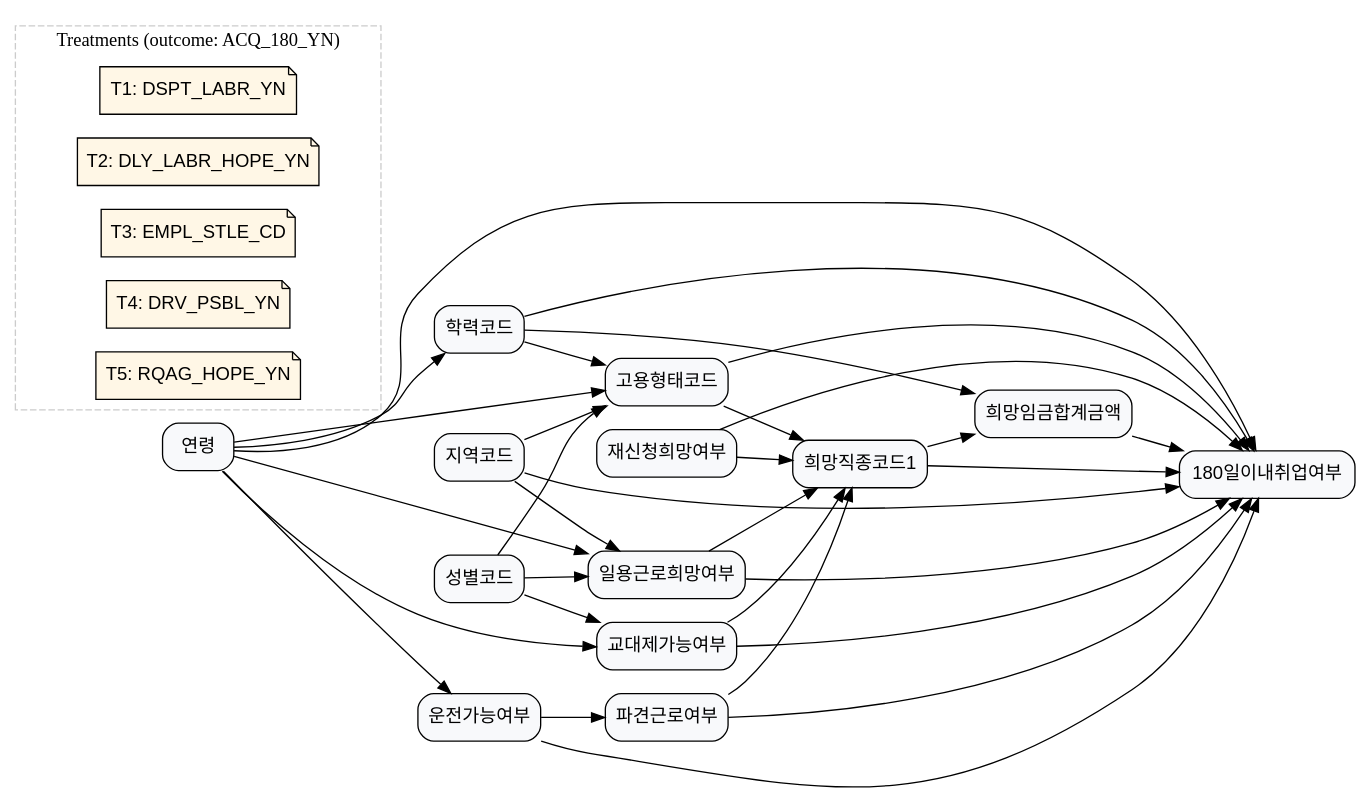
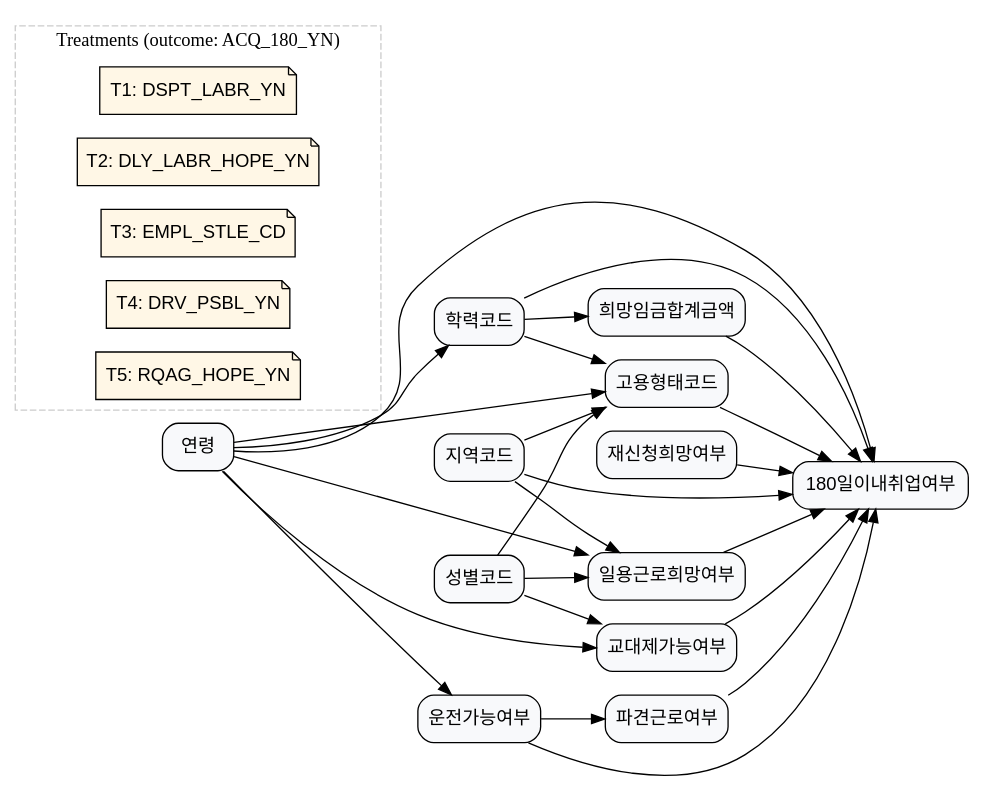
The diagram in laborlab_2/data/graph_data/graph_7.dot (KU-LIM-Lab/dowhy-deep), drawn with Graphviz before and after one commit. The commit also changed 67 other files, not shown here.

Commit message:
graph examined and updated. graph_31-40 newly added. graph visualization added

```diff
--- a/laborlab_2/data/graph_data/graph_7.dot
+++ b/laborlab_2/data/graph_data/graph_7.dot
@@ -1,59 +1,51 @@
 digraph G {
 rankdir=LR;
 node [fillcolor="#F8F9FB", fontname="Helvetica", shape=box, style="rounded,filled"];
 ACQ_180_YN [label="180일이내취업여부"];
 DSPT_LABR_YN [label="파견근로여부"];
 DLY_LABR_HOPE_YN [label="일용근로희망여부"];
 EMPL_STLE_CD [label="고용형태코드"];
 DRV_PSBL_YN [label="운전가능여부"];
 RQAG_HOPE_YN [label="재신청희망여부"];
 SHSY_YN [label="교대제가능여부"];
 AGE [label="연령"];
 SXDS_CD [label="성별코드"];
 ACCR_CD [label="학력코드"];
 AREA_CD [label="지역코드"];
-HOPE_JSCD1 [label="희망직종코드1"];
 HOPE_WAGE_SM_AMT [label="희망임금합계금액"];
 AGE -> ACCR_CD;
 AGE -> EMPL_STLE_CD;
 AGE -> DLY_LABR_HOPE_YN;
 AGE -> DRV_PSBL_YN;
 AGE -> SHSY_YN;
 SXDS_CD -> EMPL_STLE_CD;
 SXDS_CD -> DLY_LABR_HOPE_YN;
 SXDS_CD -> SHSY_YN;
 ACCR_CD -> EMPL_STLE_CD;
 ACCR_CD -> HOPE_WAGE_SM_AMT;
 AREA_CD -> DLY_LABR_HOPE_YN;
 AREA_CD -> EMPL_STLE_CD;
 DRV_PSBL_YN -> DSPT_LABR_YN;
-EMPL_STLE_CD -> HOPE_JSCD1;
-DLY_LABR_HOPE_YN -> HOPE_JSCD1;
-DSPT_LABR_YN -> HOPE_JSCD1;
-RQAG_HOPE_YN -> HOPE_JSCD1;
-SHSY_YN -> HOPE_JSCD1;
-HOPE_JSCD1 -> HOPE_WAGE_SM_AMT;
 DSPT_LABR_YN -> ACQ_180_YN;
 DLY_LABR_HOPE_YN -> ACQ_180_YN;
 EMPL_STLE_CD -> ACQ_180_YN;
 DRV_PSBL_YN -> ACQ_180_YN;
 RQAG_HOPE_YN -> ACQ_180_YN;
 SHSY_YN -> ACQ_180_YN;
-HOPE_JSCD1 -> ACQ_180_YN;
 HOPE_WAGE_SM_AMT -> ACQ_180_YN;
 AGE -> ACQ_180_YN;
 ACCR_CD -> ACQ_180_YN;
 AREA_CD -> ACQ_180_YN;
 subgraph cluster_treatments {
 color="#CCCCCC";
 label="Treatments (outcome: ACQ_180_YN)";
 style=dashed;
 node [fillcolor="#FFF7E6", fontname="Helvetica", shape=note, style="rounded,filled"];
 T1 [label="T1: DSPT_LABR_YN", role="treatment_meta", treatment_def="파견근로 여부 차이의 효과", treatment_name="DSPT_LABR_YN", treatment_question="파견근로가 가능한 사람과 불가능한 사람의 6개월 내 취업 확률 차이?", treatment_var="DSPT_LABR_YN"];
 T2 [label="T2: DLY_LABR_HOPE_YN", role="treatment_meta", treatment_def="일용근로 희망 여부 차이의 효과", treatment_name="DLY_LABR_HOPE_YN", treatment_question="일용근로를 희망하는 사람과 희망하지 않는 사람의 6개월 내 취업 확률 차이?", treatment_var="DLY_LABR_HOPE_YN"];
 T3 [label="T3: EMPL_STLE_CD", role="treatment_meta", treatment_def="희망 고용형태 차이의 효과", treatment_name="EMPL_STLE_CD", treatment_question="고용형태 선호가 다른 구직자 간 6개월 내 취업 확률 차이?", treatment_var="EMPL_STLE_CD"];
 T4 [label="T4: DRV_PSBL_YN", role="treatment_meta", treatment_def="운전 가능 여부 차이의 효과", treatment_name="DRV_PSBL_YN", treatment_question="운전이 가능한 구직자와 불가능한 구직자의 6개월 내 취업 확률 차이?", treatment_var="DRV_PSBL_YN"];
 T5 [label="T5: RQAG_HOPE_YN", role="treatment_meta", treatment_def="재신청 희망 여부 차이의 효과", treatment_name="RQAG_HOPE_YN", treatment_question="재신청을 희망하는 구직자와 그렇지 않은 구직자의 6개월 내 취업 확률 차이?", treatment_var="RQAG_HOPE_YN"];
 }
 
 }
```
